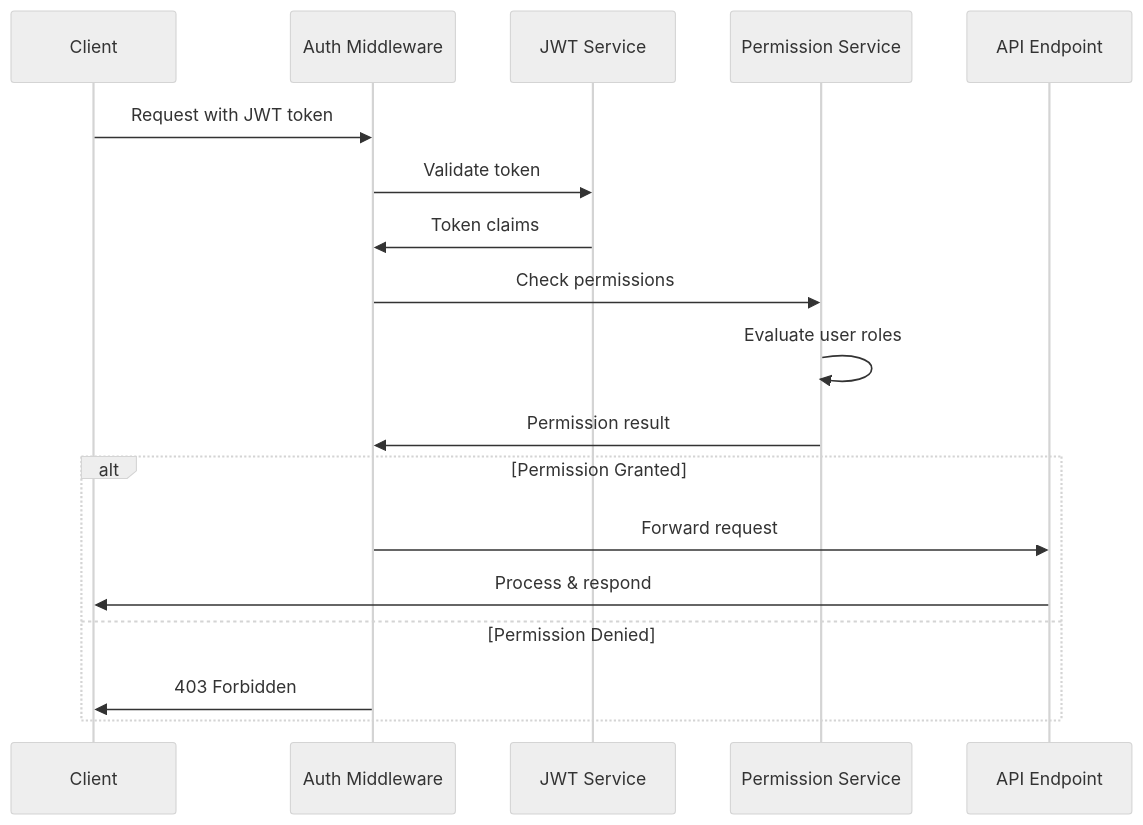
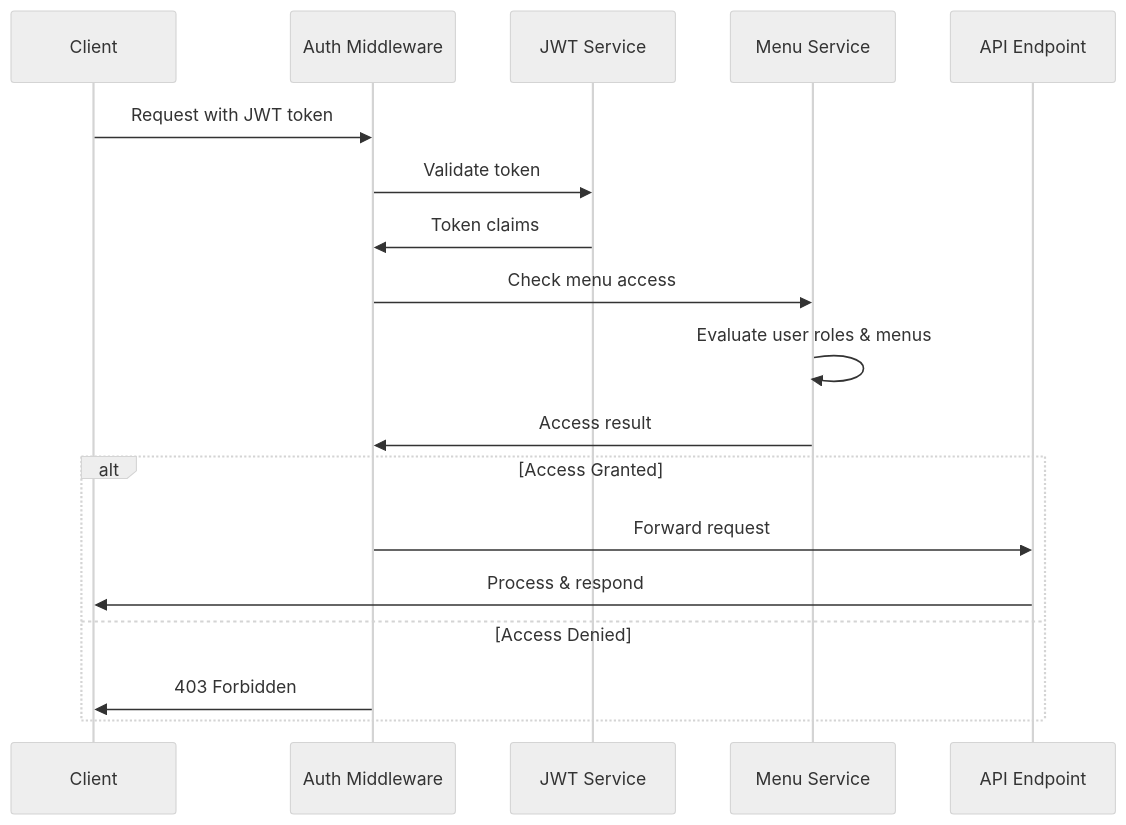
Diagram 12 of 28 in docs/PROJECT_DOCUMENTATION.md (mdabdullahfaruque/StudyBridgeBD), drawn with Mermaid (neutral theme) before and after one commit. The commit also changed other lines of this file and 40 other files, not shown here.

First line of the commit message:
feat: Simplify RBAC to Menu-Based Access Control

````diff
--- a/docs/PROJECT_DOCUMENTATION.md
+++ b/docs/PROJECT_DOCUMENTATION.md
@@ -519,22 +528,22 @@
 ```mermaid
 sequenceDiagram
     participant C as Client
     participant MW as Auth Middleware
     participant JWT as JWT Service
-    participant PERM as Permission Service
+    participant MENU as Menu Service
     participant API as API Endpoint
     
     C->>MW: Request with JWT token
     MW->>JWT: Validate token
     JWT->>MW: Token claims
-    MW->>PERM: Check permissions
-    PERM->>PERM: Evaluate user roles
-    PERM->>MW: Permission result
+    MW->>MENU: Check menu access
+    MENU->>MENU: Evaluate user roles & menus
+    MENU->>MW: Access result
     
-    alt Permission Granted
+    alt Access Granted
         MW->>API: Forward request
         API->>C: Process & respond
-    else Permission Denied
+    else Access Denied
         MW->>C: 403 Forbidden
     end
 ```
````
